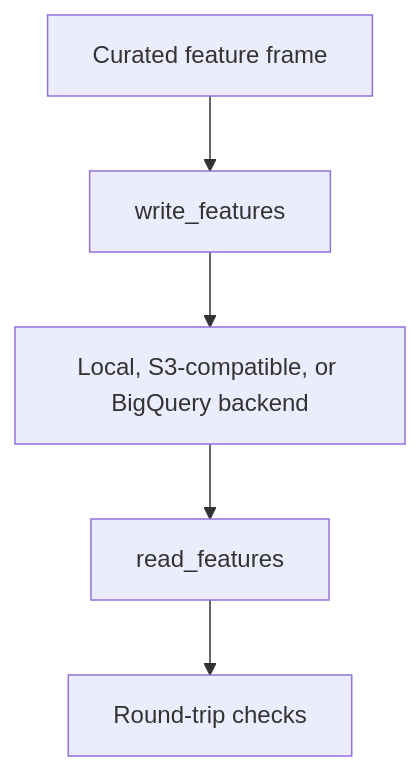
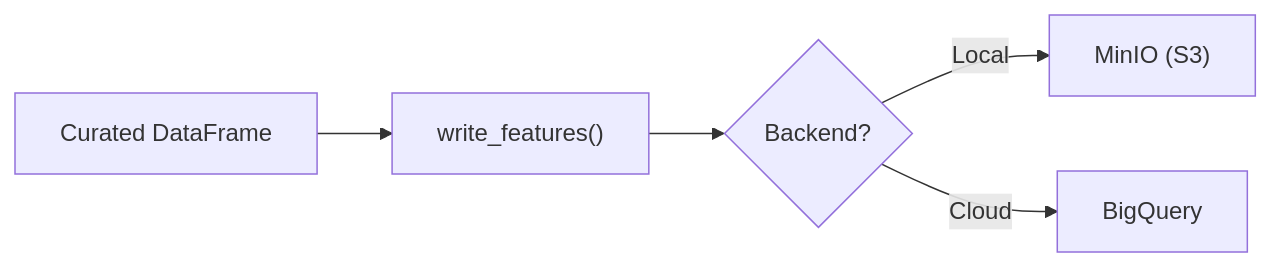
Before and after one commit to javihslu/foehncast: the second of 2 diagrams in docs/site/system/feature-pipeline.md, drawn with Mermaid. The commit also changed other lines of this file and 12 other files, not shown here.

```diff
--- a/docs/site/system/feature-pipeline.md
+++ b/docs/site/system/feature-pipeline.md
@@ -157,7 +51,7 @@
 <div class="mermaid">
-flowchart TD
-    FEAT["Curated feature frame"] --> WRITE["write_features"]
-    WRITE --> BACKEND["Local, S3-compatible, or BigQuery backend"]
-    BACKEND --> READ["read_features"]
-    READ --> ROUND["Round-trip checks"]
+flowchart LR
+    FRAME["Curated DataFrame"] --> WRITE["write_features()"]
+    WRITE --> BACKEND{"Backend?"}
+    BACKEND -->|Local| MINIO["MinIO (S3)"]
+    BACKEND -->|Cloud| BQ["BigQuery"]
 </div>
```
